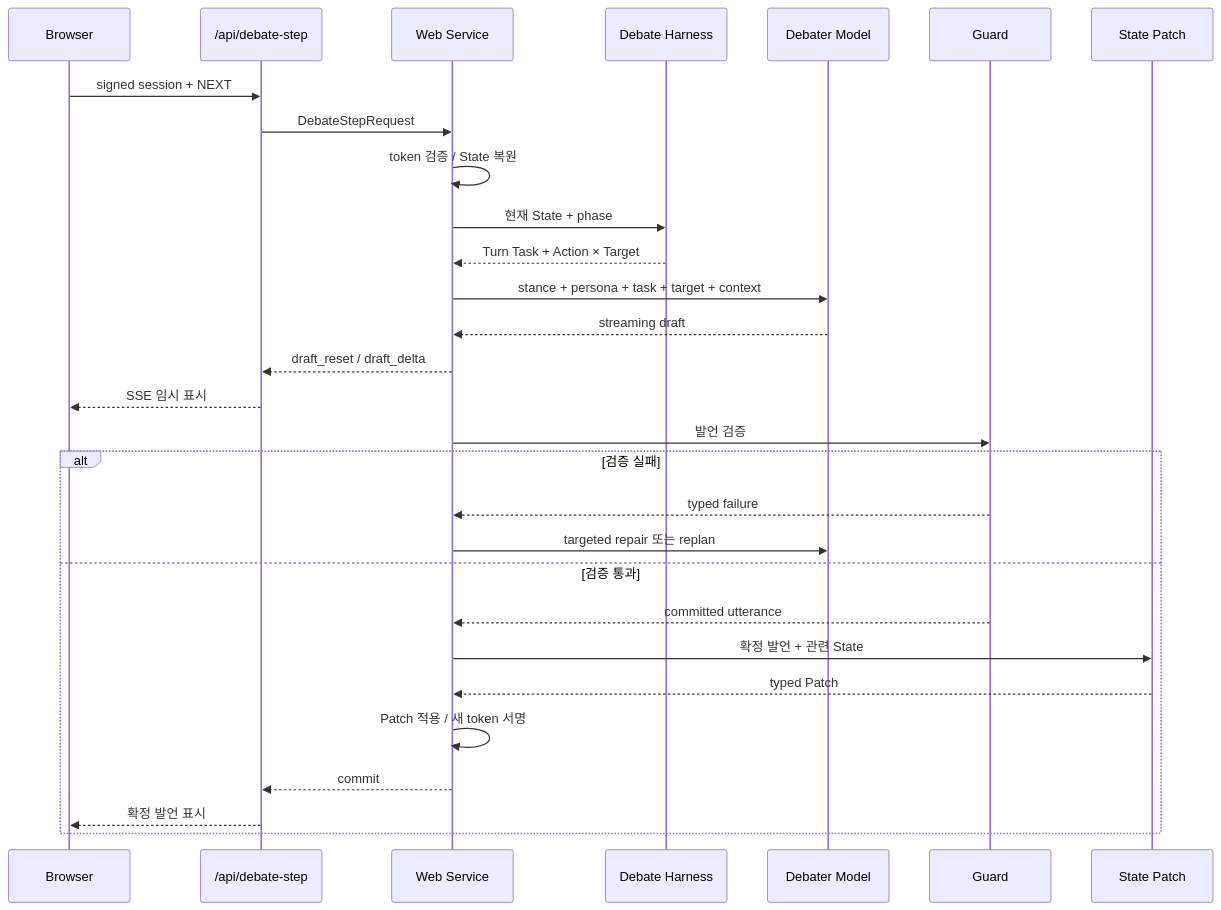
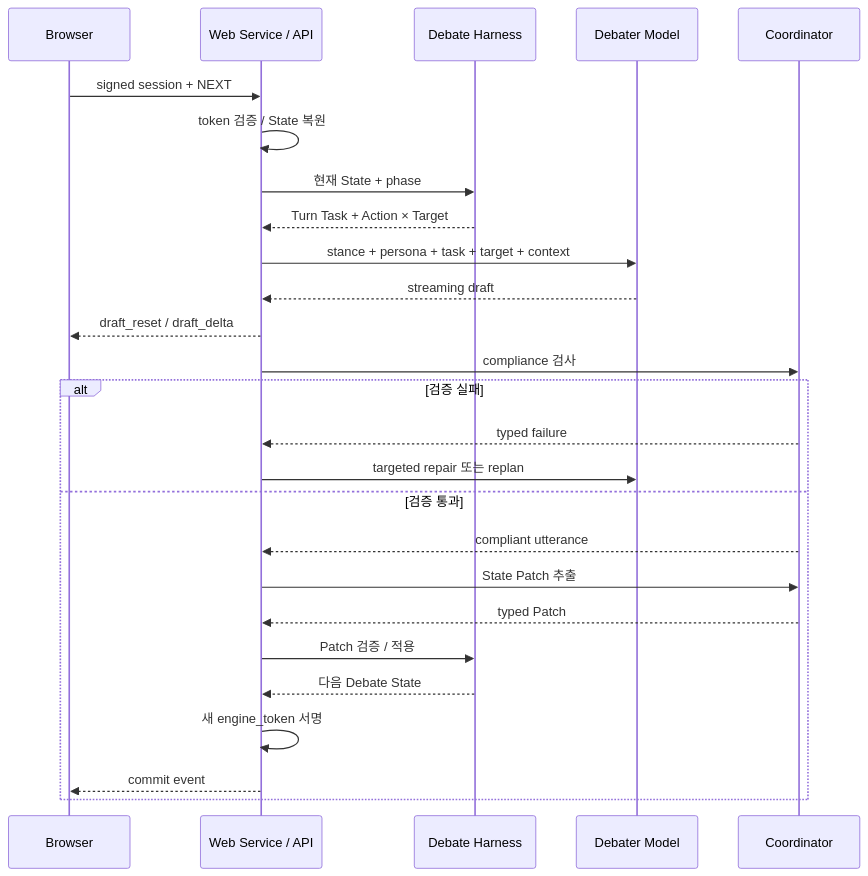
The eighth of 11 diagrams in README.md (hodob/A1-3), drawn with Mermaid before and after one commit. The commit also changed other lines of this file, not shown here.

Commit message:
Refine README readability with multi-view architecture hierarchy

````diff
--- a/README.md
+++ b/README.md
@@ -324,36 +424,31 @@
 ```mermaid
 sequenceDiagram
     participant B as Browser
-    participant A as /api/debate-step
-    participant W as Web Service
+    participant W as Web Service / API
     participant H as Debate Harness
     participant D as Debater Model
-    participant G as Guard
-    participant S as State Patch
+    participant C as Coordinator
 
-    B->>A: signed session + NEXT
-    A->>W: DebateStepRequest
+    B->>W: signed session + NEXT
     W->>W: token 검증 / State 복원
-
     W->>H: 현재 State + phase
     H-->>W: Turn Task + Action × Target
 
     W->>D: stance + persona + task + target + context
     D-->>W: streaming draft
-    W-->>A: draft_reset / draft_delta
-    A-->>B: SSE 임시 표시
+    W-->>B: draft_reset / draft_delta
 
-    W->>G: 발언 검증
-
+    W->>C: compliance 검사
     alt 검증 실패
-        G-->>W: typed failure
+        C-->>W: typed failure
         W->>D: targeted repair 또는 replan
     else 검증 통과
-        G-->>W: committed utterance
-        W->>S: 확정 발언 + 관련 State
-        S-->>W: typed Patch
-        W->>W: Patch 적용 / 새 token 서명
-        W-->>A: commit
-        A-->>B: 확정 발언 표시
+        C-->>W: compliant utterance
+        W->>C: State Patch 추출
+        C-->>W: typed Patch
+        W->>H: Patch 검증 / 적용
+        H-->>W: 다음 Debate State
+        W->>W: 새 engine_token 서명
+        W-->>B: commit event
     end
 ```
````
